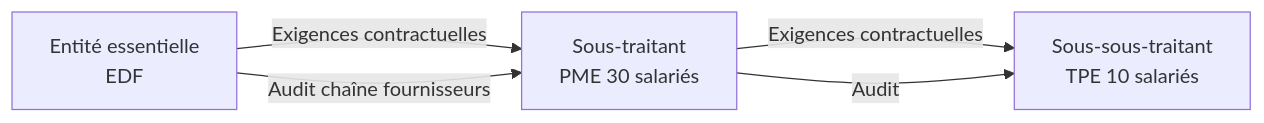
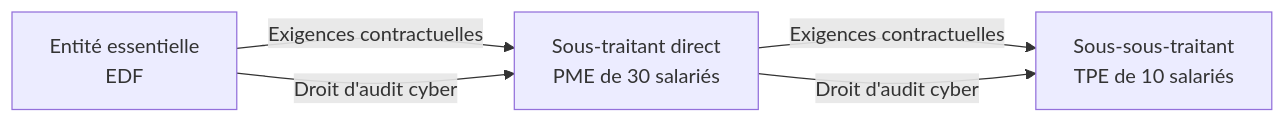
Before and after one commit to zyrass/omnydocs: the fourth of 8 diagrams in docs/cursus-forensic/01-cycle-0-fondations/module-1-legislation/07-nis2-loi-resilience.md, drawn with Mermaid. The commit also changed other lines of this file and 171 other files, not shown here.

````diff
--- a/docs/cursus-forensic/01-cycle-0-fondations/module-1-legislation/07-nis2-loi-resilience.md
+++ b/docs/cursus-forensic/01-cycle-0-fondations/module-1-legislation/07-nis2-loi-resilience.md
@@ -177,7 +188,7 @@
 ```mermaid
 flowchart LR
-    A[Entité essentielle<br>EDF] -->|Exigences contractuelles| B[Sous-traitant<br>PME 30 salariés]
-    B -->|Exigences contractuelles| C[Sous-sous-traitant<br>TPE 10 salariés]
-    A -->|Audit chaîne fournisseurs| B
-    B -->|Audit| C
+    A["Entité essentielle<br>EDF"] -->|"Exigences contractuelles"| B["Sous-traitant direct<br>PME de 30 salariés"]
+    B -->|"Exigences contractuelles"| C["Sous-sous-traitant<br>TPE de 10 salariés"]
+    A -->|"Droit d'audit cyber"| B
+    B -->|"Droit d'audit cyber"| C
 ```
````
